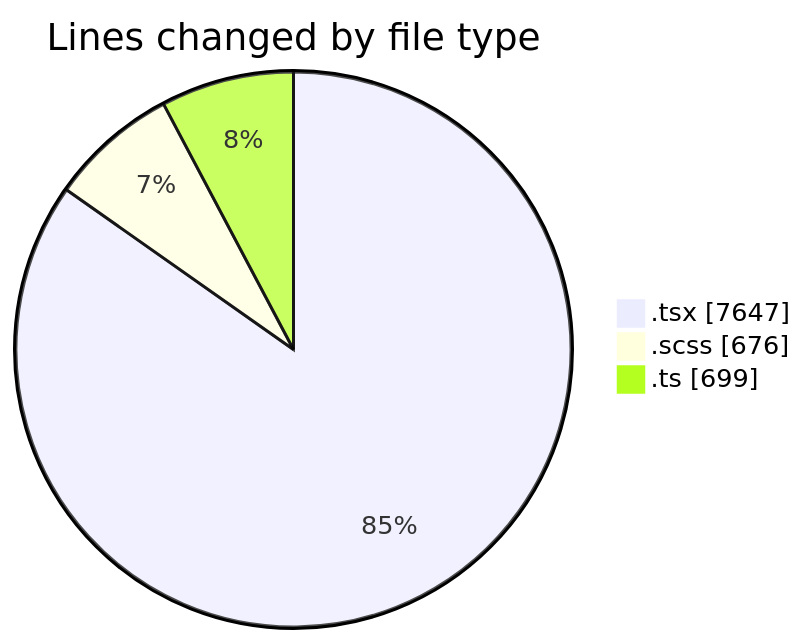
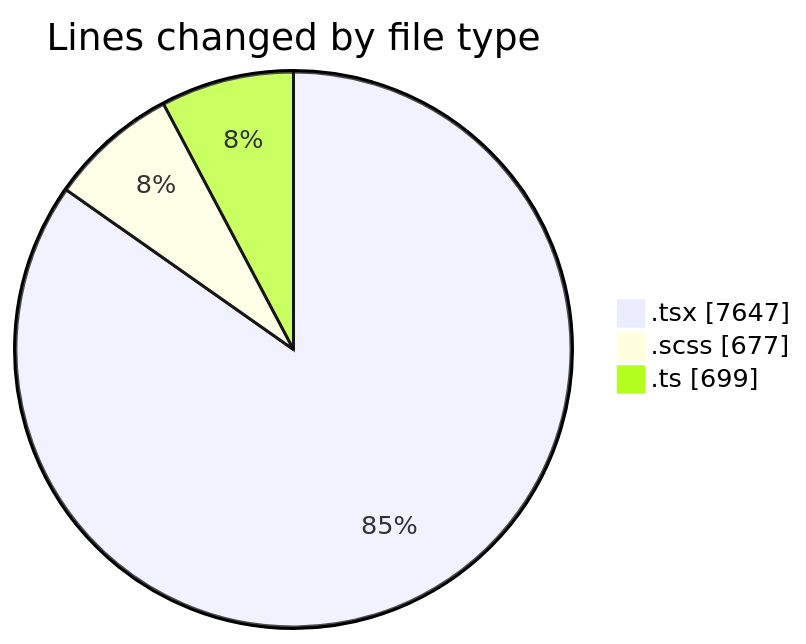
The first of 2 diagrams in 2025-07-03/cda/README.md (momahboobian/code-tracking), drawn with Mermaid before and after one commit. The commit also changed other lines of this file and 1 other file, not shown here.

````diff
--- a/2025-07-03/cda/README.md
+++ b/2025-07-03/cda/README.md
@@ -48,7 +48,7 @@
 ```mermaid
 pie showData
 title Lines changed by file type
 ".tsx" : 7647
-".scss" : 676
+".scss" : 677
 ".ts" : 699
 ```
````
